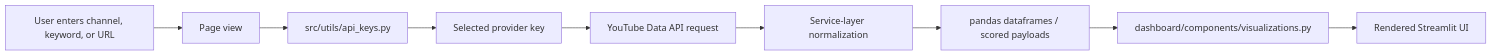
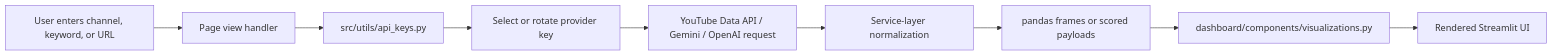
One commit to AsherJ07/purdue-youtube-ip-new changed the third of 8 diagrams in docs/ARCHITECTURE.md. Above: the diagram before and after it, drawn with Mermaid. The commit also changed other lines of this file and 3 other files, not shown here.

````diff
--- a/docs/ARCHITECTURE.md
+++ b/docs/ARCHITECTURE.md
@@ -70,11 +107,11 @@
 ```mermaid
 flowchart LR
-    A["User enters channel, keyword, or URL"] --> B["Page view"]
+    A["User enters channel, keyword, or URL"] --> B["Page view handler"]
     B --> C["src/utils/api_keys.py"]
-    C --> D["Selected provider key"]
-    D --> E["YouTube Data API request"]
+    C --> D["Select or rotate provider key"]
+    D --> E["YouTube Data API / Gemini / OpenAI request"]
     E --> F["Service-layer normalization"]
-    F --> G["pandas dataframes / scored payloads"]
+    F --> G["pandas frames or scored payloads"]
     G --> H["dashboard/components/visualizations.py"]
     H --> I["Rendered Streamlit UI"]
 ```
````
